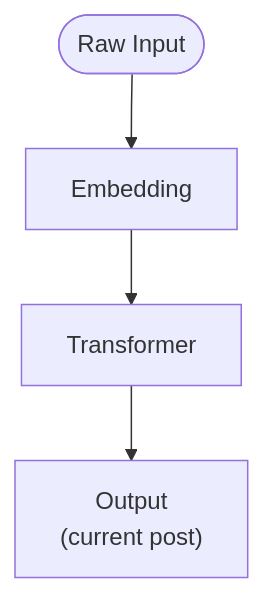
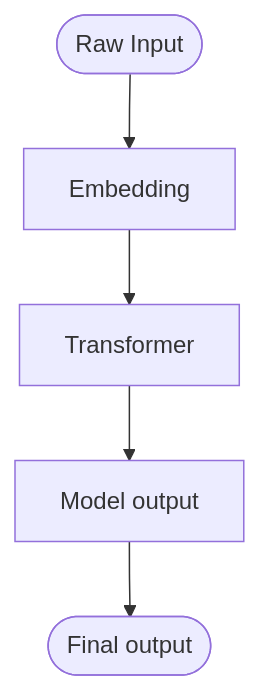
The diagram in content/posts/transformers-pt-2/index.md (Yiheng-Yu/personal-website), drawn with Mermaid before and after one commit. The commit also changed other lines of this file and 10 other files, not shown here.

```diff
--- a/content/posts/transformers-pt-2/index.md
+++ b/content/posts/transformers-pt-2/index.md
@@ -29,6 +29,7 @@
 {{< mermaid config="theme:mc">}}
 flowchart
     n1(["Raw Input"]) --> n2["Embedding"]
     n2 --> n3["Transformer"]
-    n3 --> n4["Output<br>(current post)"]
+    n3 --> n4["Model output"]
+    n4 --> n5(["Final output"])
 {{< /mermaid >}}
```
